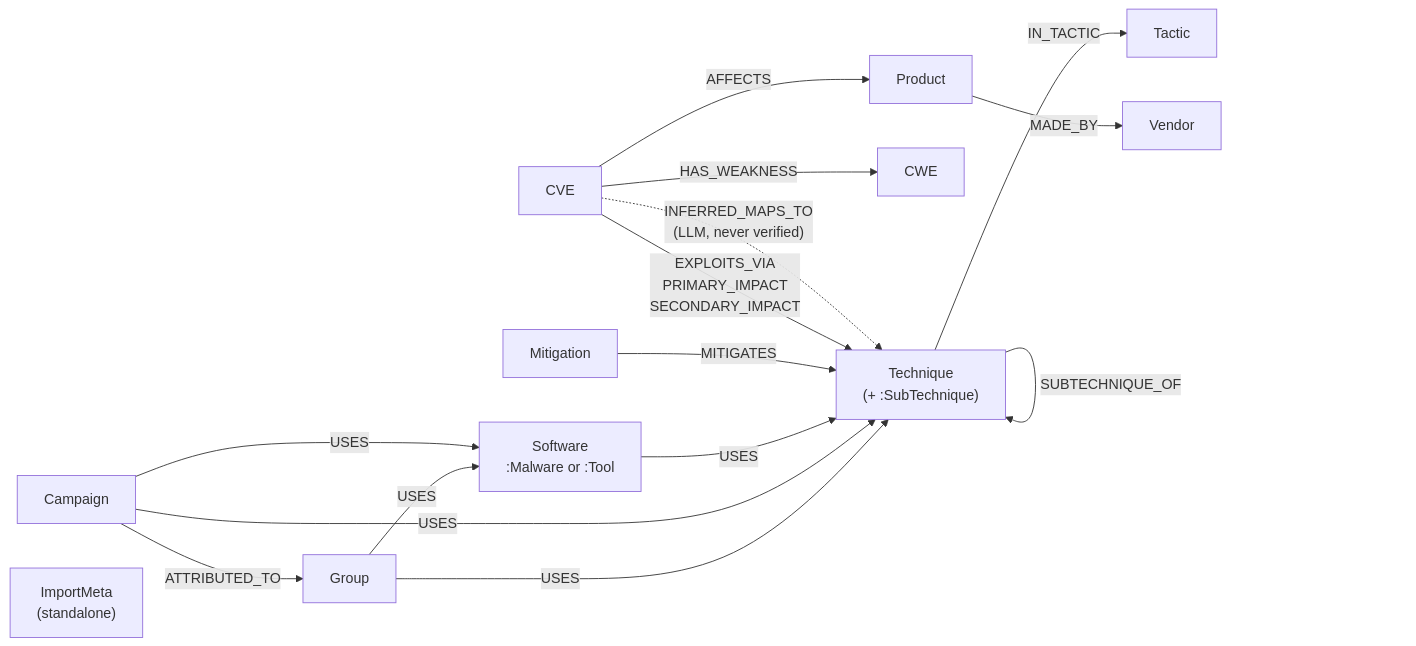
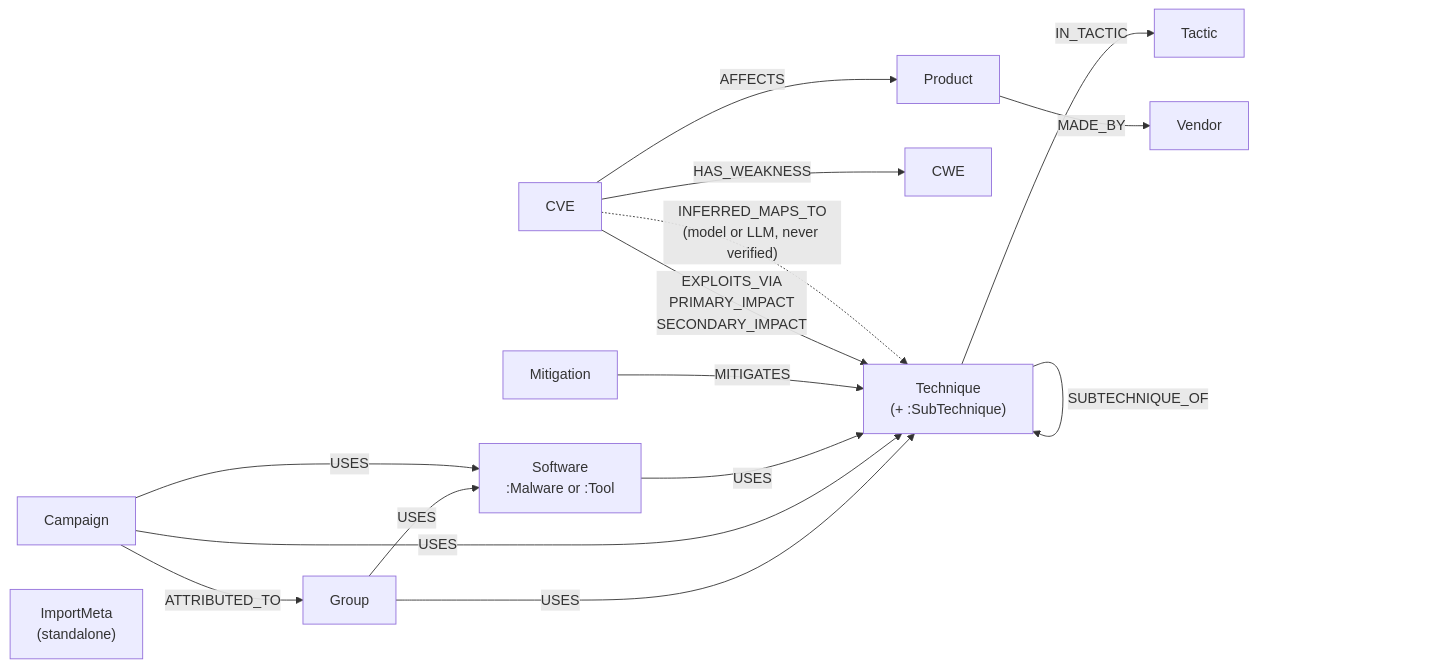
The diagram in docs/modeling_rationale.md (GabDestal/NetRank), drawn with Mermaid before and after one commit. The commit also changed other lines of this file and 1 other file, not shown here.

````diff
--- a/docs/modeling_rationale.md
+++ b/docs/modeling_rationale.md
@@ -527,18 +547,18 @@
 ```mermaid
 graph LR
   Group -->|USES| Technique
   Group -->|USES| Software["Software<br/>:Malware or :Tool"]
   Campaign -->|USES| Technique
   Campaign -->|USES| Software
   Campaign -->|ATTRIBUTED_TO| Group
   Software -->|USES| Technique
   Mitigation -->|MITIGATES| Technique
   Technique["Technique<br/>(+ :SubTechnique)"] -->|SUBTECHNIQUE_OF| Technique
   Technique -->|IN_TACTIC| Tactic
   CVE -->|"EXPLOITS_VIA<br/>PRIMARY_IMPACT<br/>SECONDARY_IMPACT"| Technique
-  CVE -.->|"INFERRED_MAPS_TO<br/>(LLM, never verified)"| Technique
+  CVE -.->|"INFERRED_MAPS_TO<br/>(model or LLM, never verified)"| Technique
   CVE -->|HAS_WEAKNESS| CWE
   CVE -->|AFFECTS| Product
   Product -->|MADE_BY| Vendor
   ImportMeta["ImportMeta<br/>(standalone)"]
 ```
````
